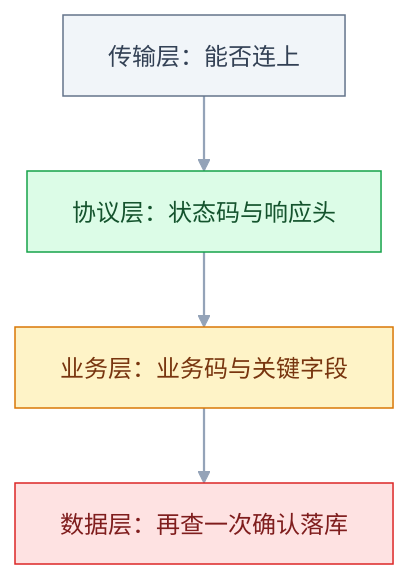
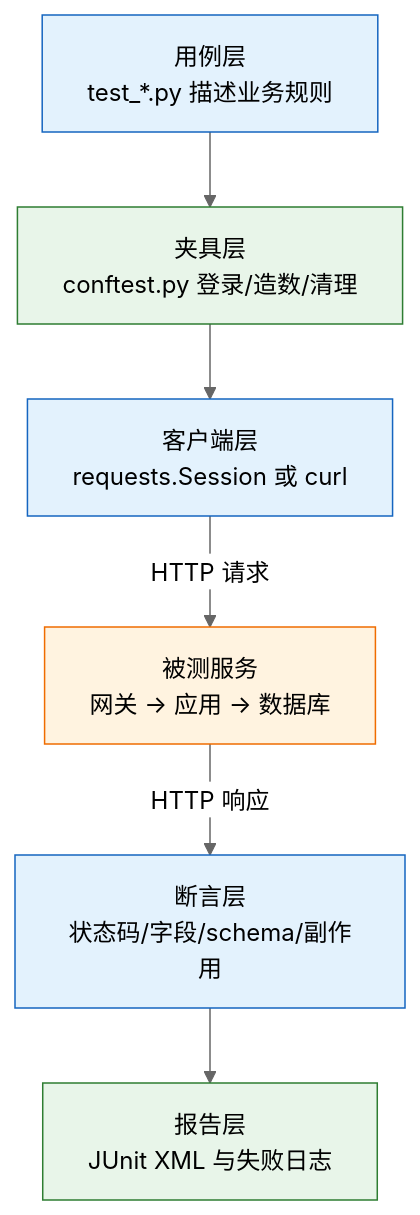
The second of 3 diagrams in blog/src/notes/06-测试/03-接口与E2E测试/01-接口测试.md (jimbosuper/studynotes), drawn with Mermaid (neutral theme) before and after one commit. The commit also changed other lines of this file and 367 other files, not shown here.

````diff
--- a/blog/src/notes/06-测试/03-接口与E2E测试/01-接口测试.md
+++ b/blog/src/notes/06-测试/03-接口与E2E测试/01-接口测试.md
@@ -632,12 +59,14 @@
 ```mermaid
 flowchart TD
-    classDef normal fill:#F1F5F9,stroke:#64748B,color:#334155
-    classDef service fill:#DCFCE7,stroke:#16A34A,color:#14532D
-    classDef data fill:#FEF3C7,stroke:#D97706,color:#78350F
-    classDef danger fill:#FEE2E2,stroke:#DC2626,color:#7F1D1D
-
-    L1["传输层：能否连上"]:::normal --> L2["协议层：状态码与响应头"]:::service
-    L2 --> L3["业务层：业务码与关键字段"]:::data
-    L3 --> L4["数据层：再查一次确认落库"]:::danger
-    linkStyle default stroke:#94A3B8,stroke-width:1.5px
+    L1["用例层<br/>test_*.py 描述业务规则"] --> L2["夹具层<br/>conftest.py 登录/造数/清理"]
+    L2 --> L3["客户端层<br/>requests.Session 或 curl"]
+    L3 -->|"HTTP 请求"| S1["被测服务<br/>网关 → 应用 → 数据库"]
+    S1 -->|"HTTP 响应"| L4["断言层<br/>状态码/字段/schema/副作用"]
+    L4 --> L5["报告层<br/>JUnit XML 与失败日志"]
+    classDef client fill:#e3f2fd,stroke:#1565c0;
+    classDef engine fill:#e8f5e9,stroke:#2e7d32;
+    classDef image fill:#fff3e0,stroke:#ef6c00;
+    class L1,L3,L4 client
+    class L2,L5 engine
+    class S1 image
 ```
````
